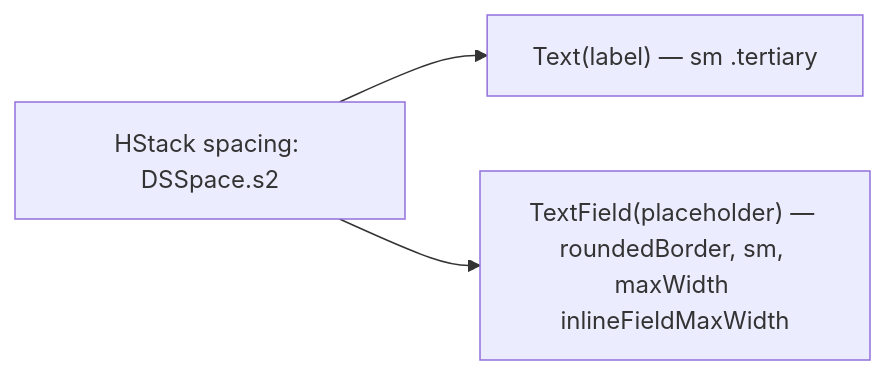
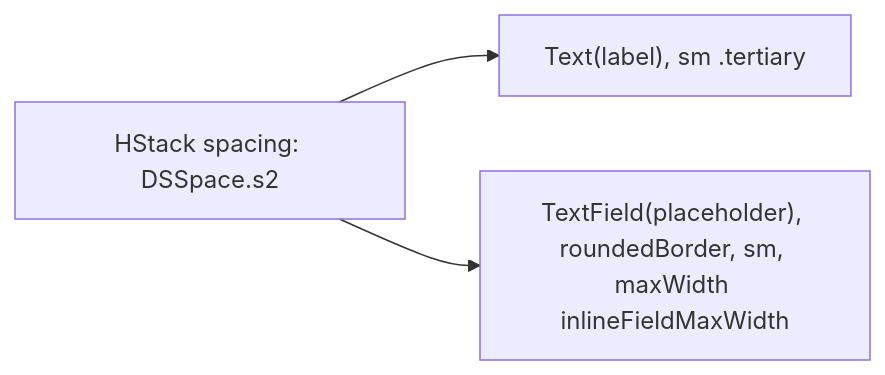
One commit to MrDemonWolf/WolfWave changed the diagram in design-system/components/command-alias-field.md. Above: the diagram before and after it, drawn with Mermaid. The commit also changed other lines of this file and 152 other files, not shown here.

````diff
--- a/design-system/components/command-alias-field.md
+++ b/design-system/components/command-alias-field.md
@@ -34,6 +34,6 @@
 ```mermaid
 flowchart LR
   Row[HStack spacing: DSSpace.s2]
-  Row --> Label["Text(label) — sm .tertiary"]
-  Row --> Field["TextField(placeholder) — roundedBorder, sm, maxWidth inlineFieldMaxWidth"]
+  Row --> Label["Text(label), sm .tertiary"]
+  Row --> Field["TextField(placeholder), roundedBorder, sm, maxWidth inlineFieldMaxWidth"]
 ```
````
